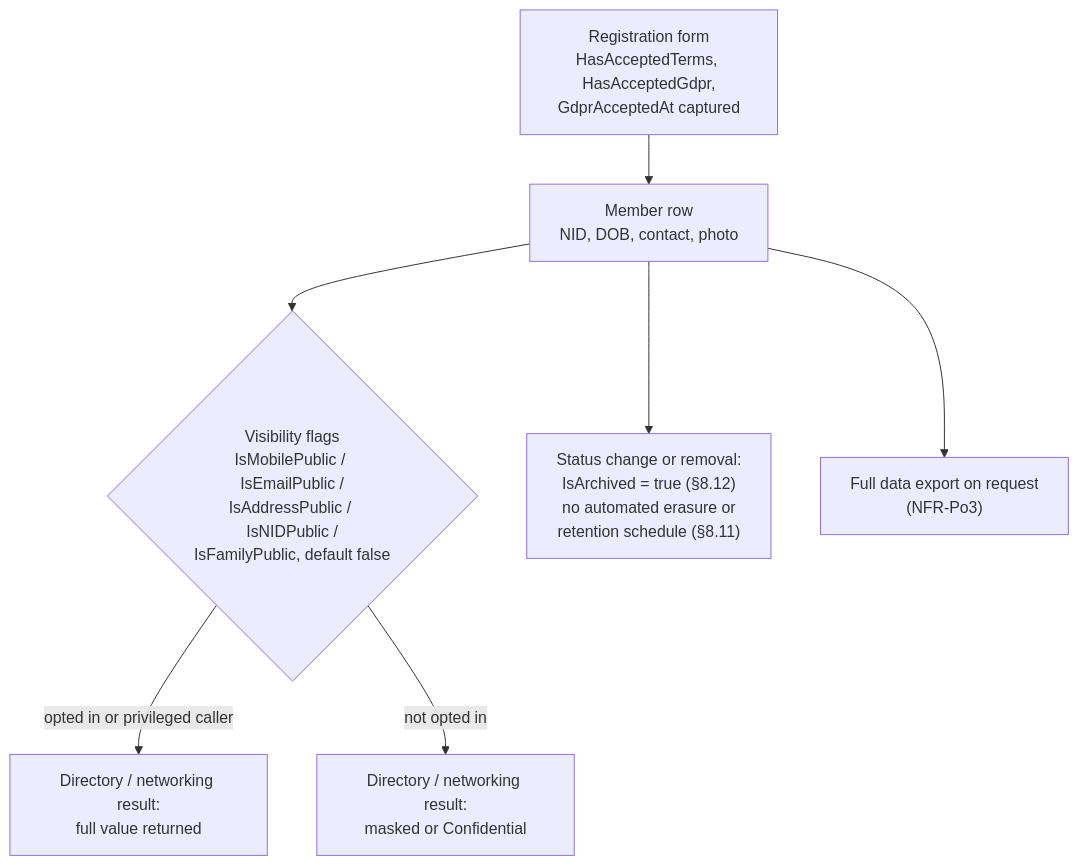
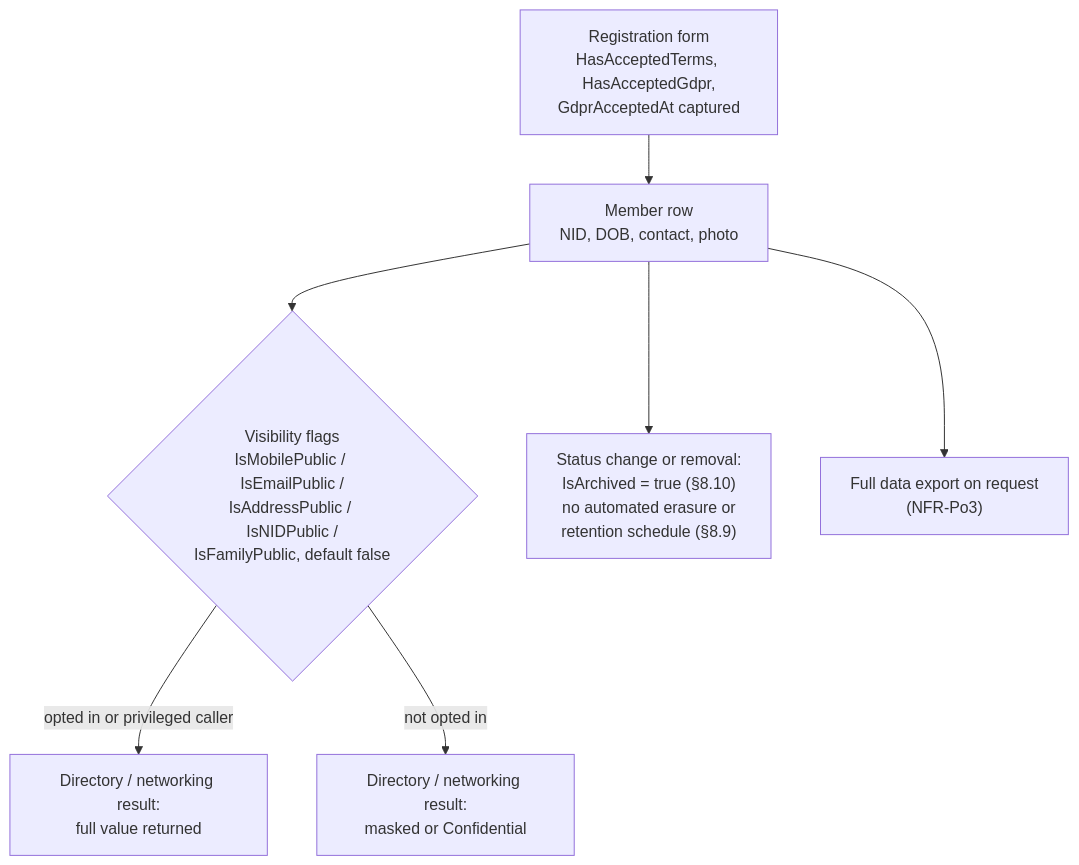
One commit to shalin-rahman/GHCAA changed the fourth of 6 diagrams in docs/book/08-security.md. Above: the diagram before and after it, drawn with Mermaid. The commit also changed other lines of this file and 42 other files, not shown here.

````diff
--- a/docs/book/08-security.md
+++ b/docs/book/08-security.md
@@ -546,9 +542,9 @@
 ```mermaid
 flowchart TB
     REG["Registration form\nHasAcceptedTerms, HasAcceptedGdpr,\nGdprAcceptedAt captured"] --> MEMBER["Member row\nNID, DOB, contact, photo"]
     MEMBER --> VIS{"Visibility flags\nIsMobilePublic / IsEmailPublic /\nIsAddressPublic / IsNIDPublic /\nIsFamilyPublic, default false"}
     VIS -->|opted in or privileged caller| FULL["Directory / networking result:\nfull value returned"]
     VIS -->|not opted in| MASK["Directory / networking result:\nmasked or Confidential"]
-    MEMBER --> ARCHIVE["Status change or removal:\nIsArchived = true (§8.12)\nno automated erasure or\nretention schedule (§8.11)"]
+    MEMBER --> ARCHIVE["Status change or removal:\nIsArchived = true (§8.10)\nno automated erasure or\nretention schedule (§8.9)"]
     MEMBER --> EXPORT["Full data export on request\n(NFR-Po3)"]
 ```
````
